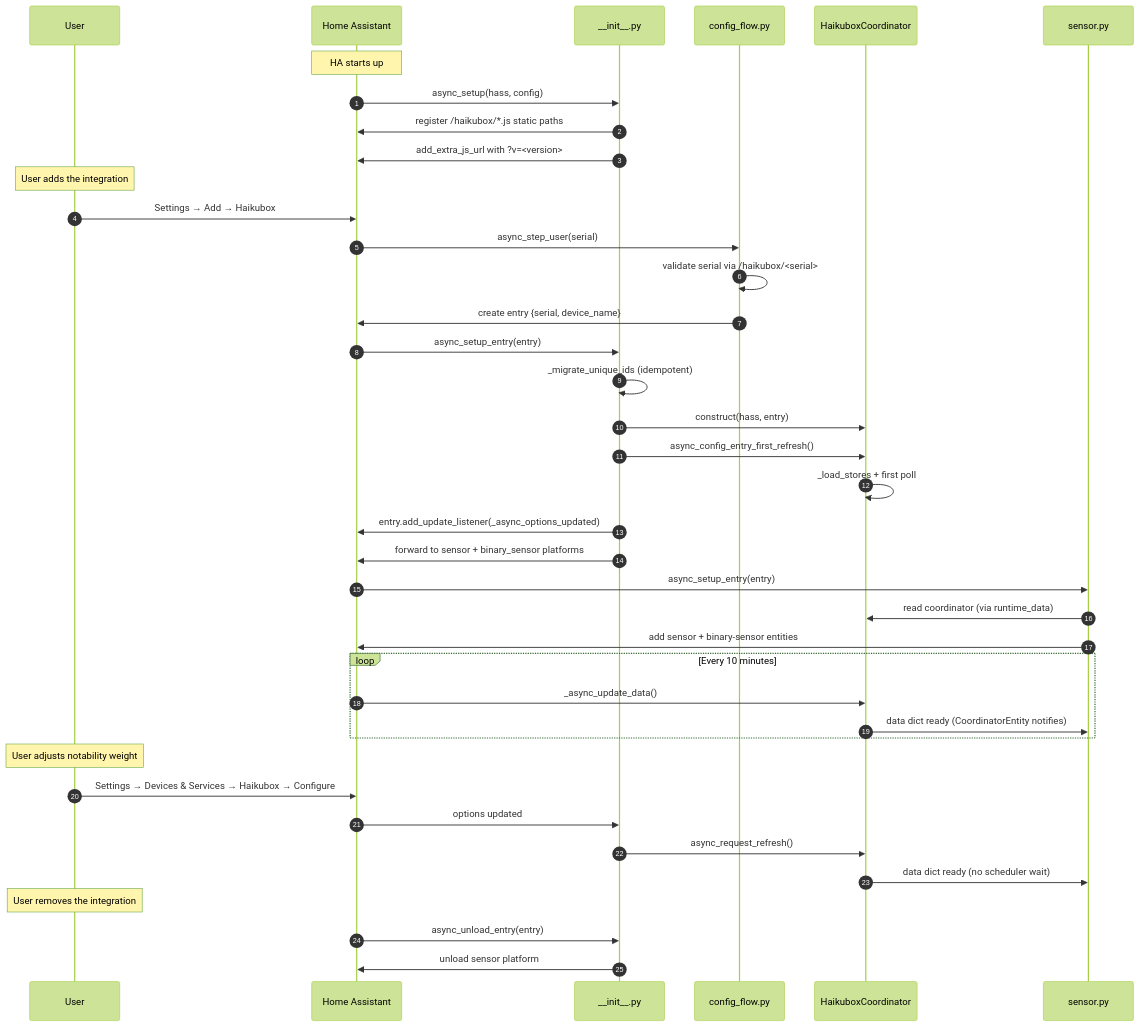
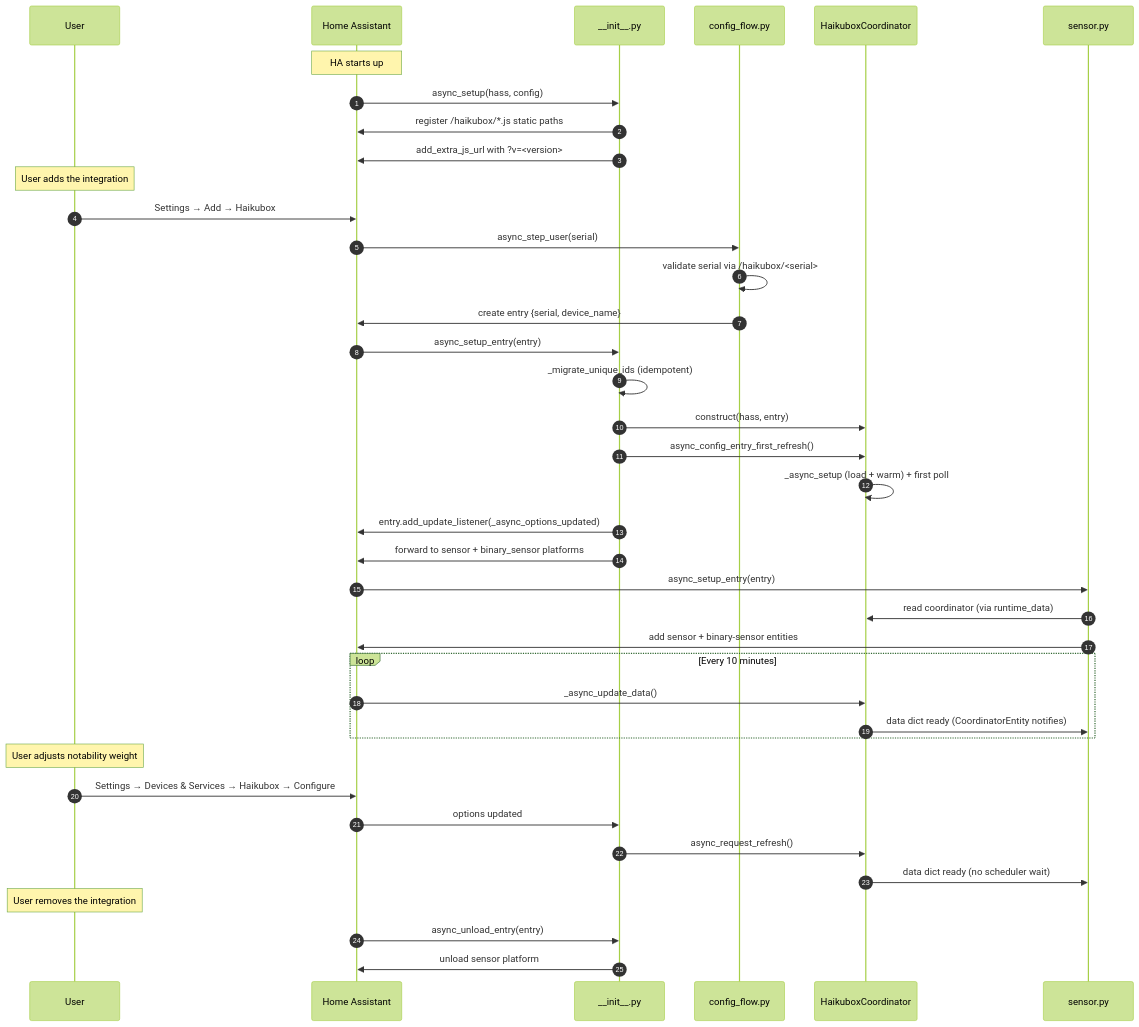
Before and after one commit to eklundjon/ha-haikubox: the third of 3 diagrams in docs/architecture.md, drawn with Mermaid (forest theme). The commit also changed other lines of this file and 3 other files, not shown here.

First line of the commit message:
docs: reconcile architecture/api/troubleshooting with refactored code

````diff
--- a/docs/architecture.md
+++ b/docs/architecture.md
@@ -171,47 +191,47 @@
 ```mermaid
 sequenceDiagram
     autonumber
     participant User
     participant HA as Home Assistant
     participant Init as __init__.py
     participant CF as config_flow.py
     participant Coord as HaikuboxCoordinator
     participant Sensor as sensor.py
 
     Note over HA: HA starts up
     HA->>Init: async_setup(hass, config)
     Init->>HA: register /haikubox/*.js static paths
     Init->>HA: add_extra_js_url with ?v=<version>
 
     Note over User: User adds the integration
     User->>HA: Settings → Add → Haikubox
     HA->>CF: async_step_user(serial)
     CF->>CF: validate serial via /haikubox/<serial>
     CF->>HA: create entry {serial, device_name}
 
     HA->>Init: async_setup_entry(entry)
     Init->>Init: _migrate_unique_ids (idempotent)
     Init->>Coord: construct(hass, entry)
     Init->>Coord: async_config_entry_first_refresh()
-    Coord->>Coord: _load_stores + first poll
+    Coord->>Coord: _async_setup (load + warm) + first poll
     Init->>HA: entry.add_update_listener(_async_options_updated)
     Init->>HA: forward to sensor + binary_sensor platforms
     HA->>Sensor: async_setup_entry(entry)
     Sensor->>Coord: read coordinator (via runtime_data)
     Sensor->>HA: add sensor + binary-sensor entities
 
     loop Every 10 minutes
         HA->>Coord: _async_update_data()
         Coord->>Sensor: data dict ready (CoordinatorEntity notifies)
     end
 
     Note over User: User adjusts notability weight
     User->>HA: Settings → Devices & Services → Haikubox → Configure
     HA->>Init: options updated
     Init->>Coord: async_request_refresh()
     Coord->>Sensor: data dict ready (no scheduler wait)
 
     Note over User: User removes the integration
     HA->>Init: async_unload_entry(entry)
     Init->>HA: unload sensor platform
 ```
````
